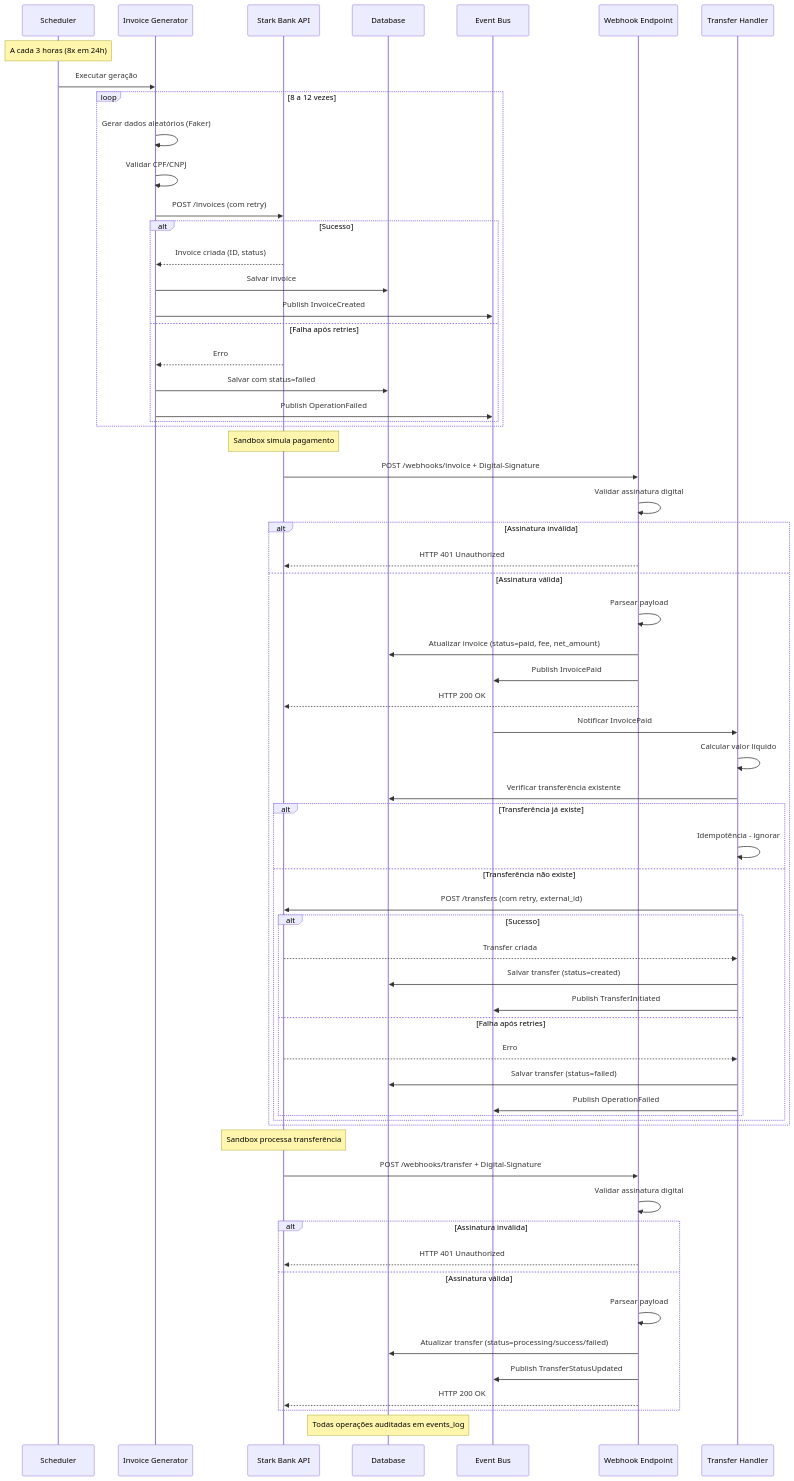
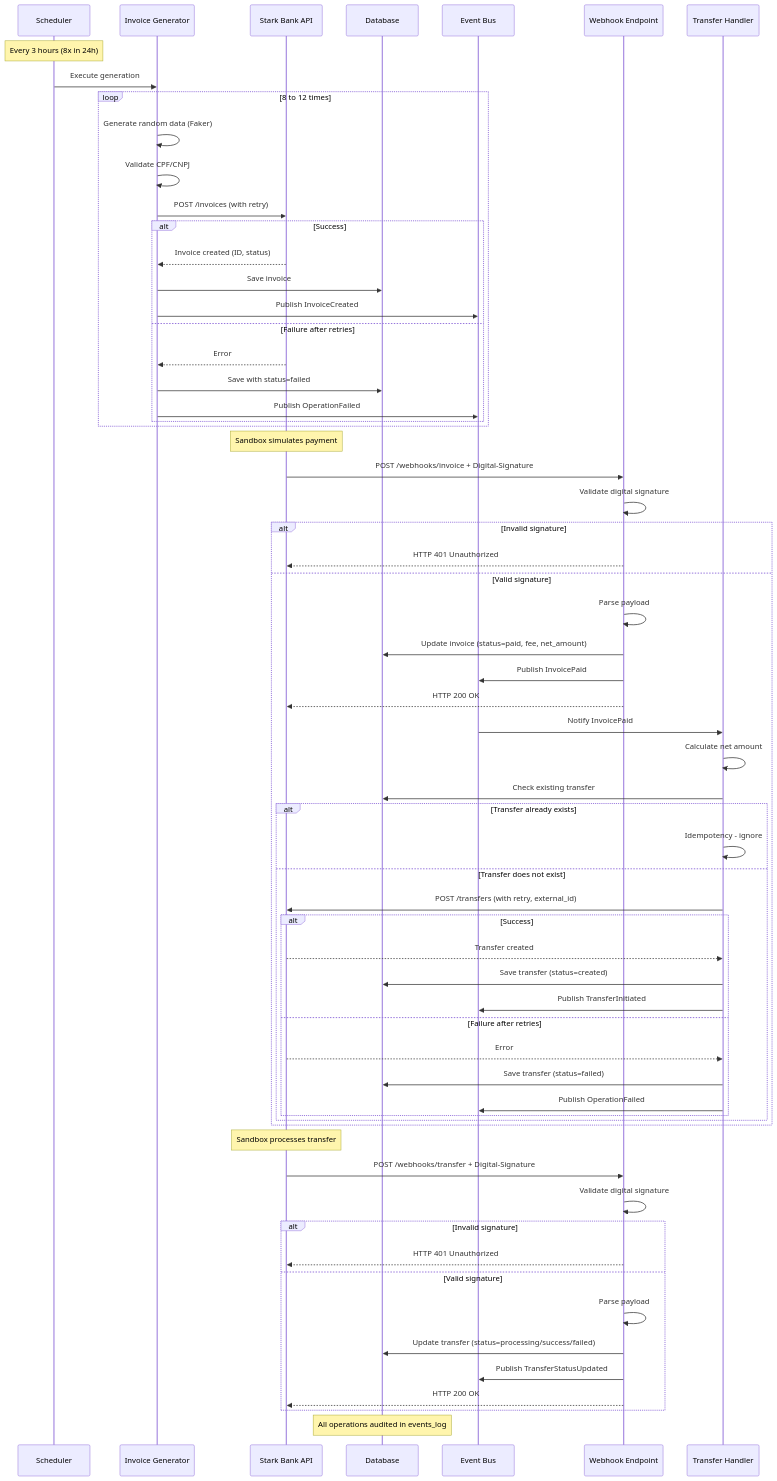
Before and after one commit to rcaran/stark-bank-challenge: the second of 8 diagrams in docs/challenge.md, drawn with Mermaid. The commit also changed other lines of this file and 13 other files, not shown here.

````diff
--- a/docs/challenge.md
+++ b/docs/challenge.md
@@ -401,74 +398,74 @@
 ```mermaid
 sequenceDiagram
     participant S as Scheduler
     participant IG as Invoice Generator
     participant SB as Stark Bank API
     participant DB as Database
     participant EB as Event Bus
     participant WH as Webhook Endpoint
     participant TH as Transfer Handler
     
-    Note over S: A cada 3 horas (8x em 24h)
+    Note over S: Every 3 hours (8x in 24h)
     
-    S->>IG: Executar geração
-    loop 8 a 12 vezes
-        IG->>IG: Gerar dados aleatórios (Faker)
-        IG->>IG: Validar CPF/CNPJ
-        IG->>SB: POST /invoices (com retry)
-        alt Sucesso
-            SB-->>IG: Invoice criada (ID, status)
-            IG->>DB: Salvar invoice
+    S->>IG: Execute generation
+    loop 8 to 12 times
+        IG->>IG: Generate random data (Faker)
+        IG->>IG: Validate CPF/CNPJ
+        IG->>SB: POST /invoices (with retry)
+        alt Success
+            SB-->>IG: Invoice created (ID, status)
+            IG->>DB: Save invoice
             IG->>EB: Publish InvoiceCreated
-        else Falha após retries
-            SB-->>IG: Erro
-            IG->>DB: Salvar com status=failed
+        else Failure after retries
+            SB-->>IG: Error
+            IG->>DB: Save with status=failed
             IG->>EB: Publish OperationFailed
         end
     end
     
-    Note over SB: Sandbox simula pagamento
+    Note over SB: Sandbox simulates payment
     
     SB->>WH: POST /webhooks/invoice + Digital-Signature
-    WH->>WH: Validar assinatura digital
-    alt Assinatura inválida
+    WH->>WH: Validate digital signature
+    alt Invalid signature
         WH-->>SB: HTTP 401 Unauthorized
-    else Assinatura válida
-        WH->>WH: Parsear payload
-        WH->>DB: Atualizar invoice (status=paid, fee, net_amount)
+    else Valid signature
+        WH->>WH: Parse payload
+        WH->>DB: Update invoice (status=paid, fee, net_amount)
         WH->>EB: Publish InvoicePaid
         WH-->>SB: HTTP 200 OK
         
-        EB->>TH: Notificar InvoicePaid
-        TH->>TH: Calcular valor líquido
-        TH->>DB: Verificar transferência existente
-        alt Transferência já existe
-            TH->>TH: Idempotência - ignorar
-        else Transferência não existe
-            TH->>SB: POST /transfers (com retry, external_id)
-            alt Sucesso
-                SB-->>TH: Transfer criada
-                TH->>DB: Salvar transfer (status=created)
+        EB->>TH: Notify InvoicePaid
+        TH->>TH: Calculate net amount
+        TH->>DB: Check existing transfer
+        alt Transfer already exists
+            TH->>TH: Idempotency - ignore
+        else Transfer does not exist
+            TH->>SB: POST /transfers (with retry, external_id)
+            alt Success
+                SB-->>TH: Transfer created
+                TH->>DB: Save transfer (status=created)
                 TH->>EB: Publish TransferInitiated
-            else Falha após retries
-                SB-->>TH: Erro
-                TH->>DB: Salvar transfer (status=failed)
+            else Failure after retries
+                SB-->>TH: Error
+                TH->>DB: Save transfer (status=failed)
                 TH->>EB: Publish OperationFailed
             end
         end
     end
     
-    Note over SB: Sandbox processa transferência
+    Note over SB: Sandbox processes transfer
     
     SB->>WH: POST /webhooks/transfer + Digital-Signature
-    WH->>WH: Validar assinatura digital
-    alt Assinatura inválida
+    WH->>WH: Validate digital signature
+    alt Invalid signature
         WH-->>SB: HTTP 401 Unauthorized
-    else Assinatura válida
-        WH->>WH: Parsear payload
-        WH->>DB: Atualizar transfer (status=processing/success/failed)
+    else Valid signature
+        WH->>WH: Parse payload
+        WH->>DB: Update transfer (status=processing/success/failed)
         WH->>EB: Publish TransferStatusUpdated
         WH-->>SB: HTTP 200 OK
     end
     
-    Note over DB: Todas operações auditadas em events_log
+    Note over DB: All operations audited in events_log
 ```
````
